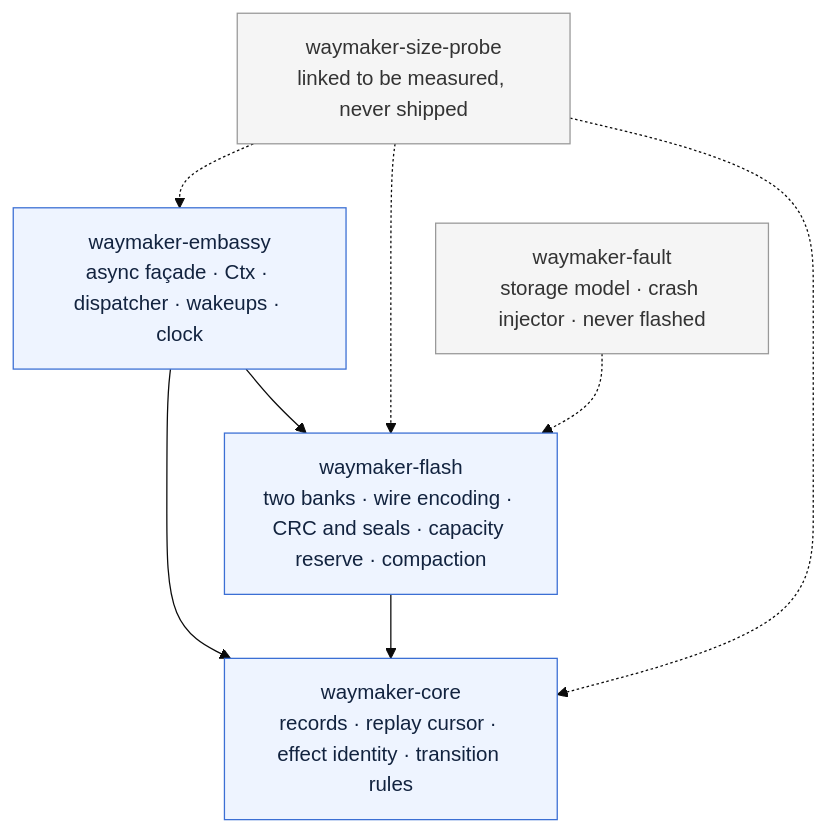
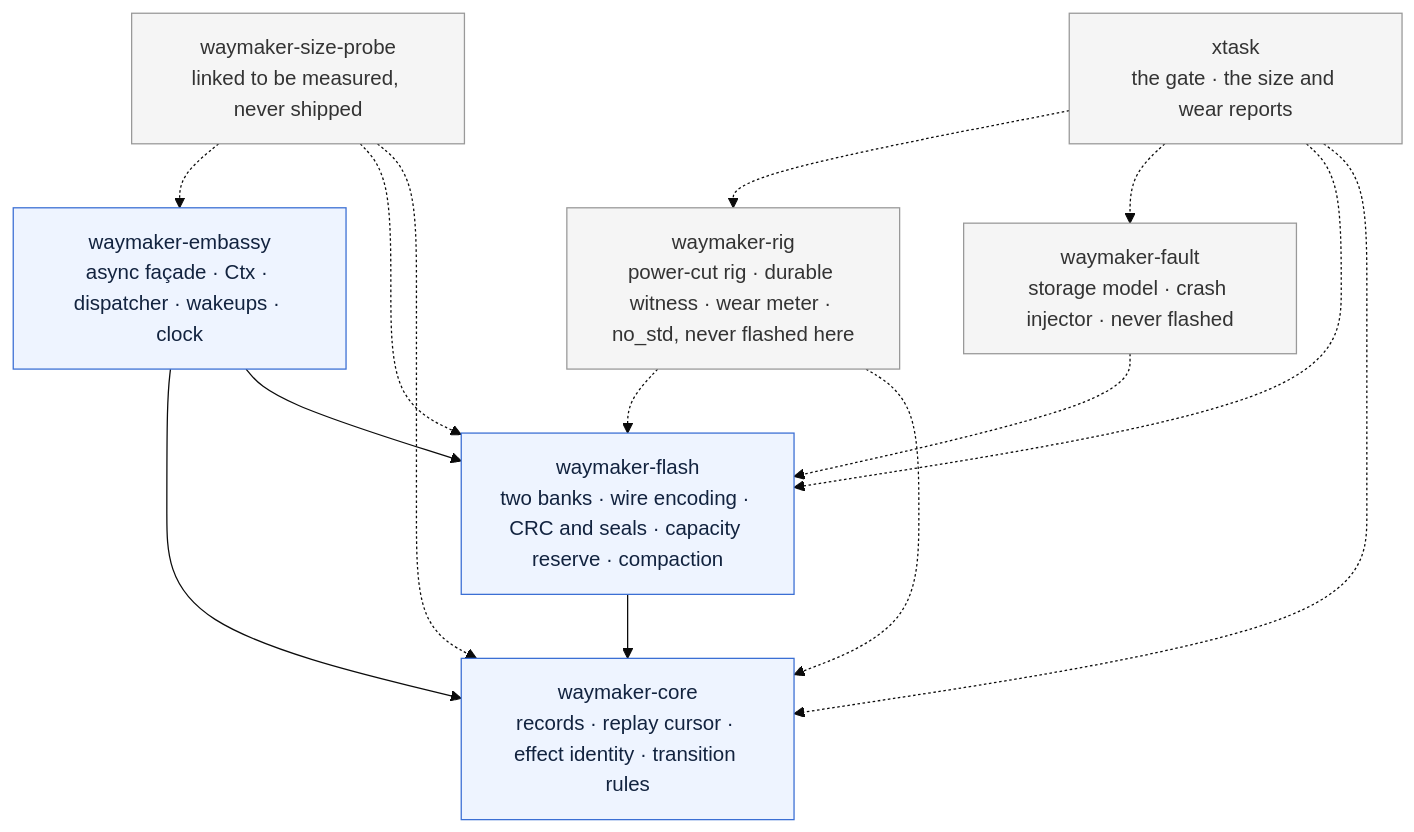
The first of 11 diagrams in docs/architecture.md (madmax983/waymaker), drawn with Mermaid (base theme) before and after one commit. The commit also changed other lines of this file and 40 other files, not shown here.

First line of the commit message:
Power-cut and watchdog-reset rig, and the write amplification it measures (#27) (#79)

````diff
--- a/docs/architecture.md
+++ b/docs/architecture.md
@@ -45,22 +50,30 @@
 ```mermaid
 graph TD
   waymaker-embassy["waymaker-embassy<br/>async façade · Ctx · dispatcher · wakeups · clock"]
   waymaker-flash["waymaker-flash<br/>two banks · wire encoding · CRC and seals · capacity reserve · compaction"]
   waymaker-core["waymaker-core<br/>records · replay cursor · effect identity · transition rules"]
   waymaker-size-probe["waymaker-size-probe<br/>linked to be measured, never shipped"]
   waymaker-fault["waymaker-fault<br/>storage model · crash injector · never flashed"]
+  waymaker-rig["waymaker-rig<br/>power-cut rig · durable witness · wear meter · no_std, never flashed here"]
+  xtask["xtask<br/>the gate · the size and wear reports"]
 
   waymaker-embassy --> waymaker-core
   waymaker-embassy --> waymaker-flash
   waymaker-flash --> waymaker-core
 
   waymaker-size-probe -.-> waymaker-embassy
   waymaker-size-probe -.-> waymaker-flash
   waymaker-size-probe -.-> waymaker-core
   waymaker-fault -.-> waymaker-flash
+  waymaker-rig -.-> waymaker-flash
+  waymaker-rig -.-> waymaker-core
+  xtask -.-> waymaker-rig
+  xtask -.-> waymaker-fault
+  xtask -.-> waymaker-flash
+  xtask -.-> waymaker-core
 
   classDef layer fill:#eef4ff,stroke:#3b6fd4,color:#12233f;
   classDef tool fill:#f5f5f5,stroke:#999999,color:#333333;
   class waymaker-embassy,waymaker-flash,waymaker-core layer;
-  class waymaker-size-probe,waymaker-fault tool;
+  class waymaker-size-probe,waymaker-fault,waymaker-rig,xtask tool;
 ```
````
